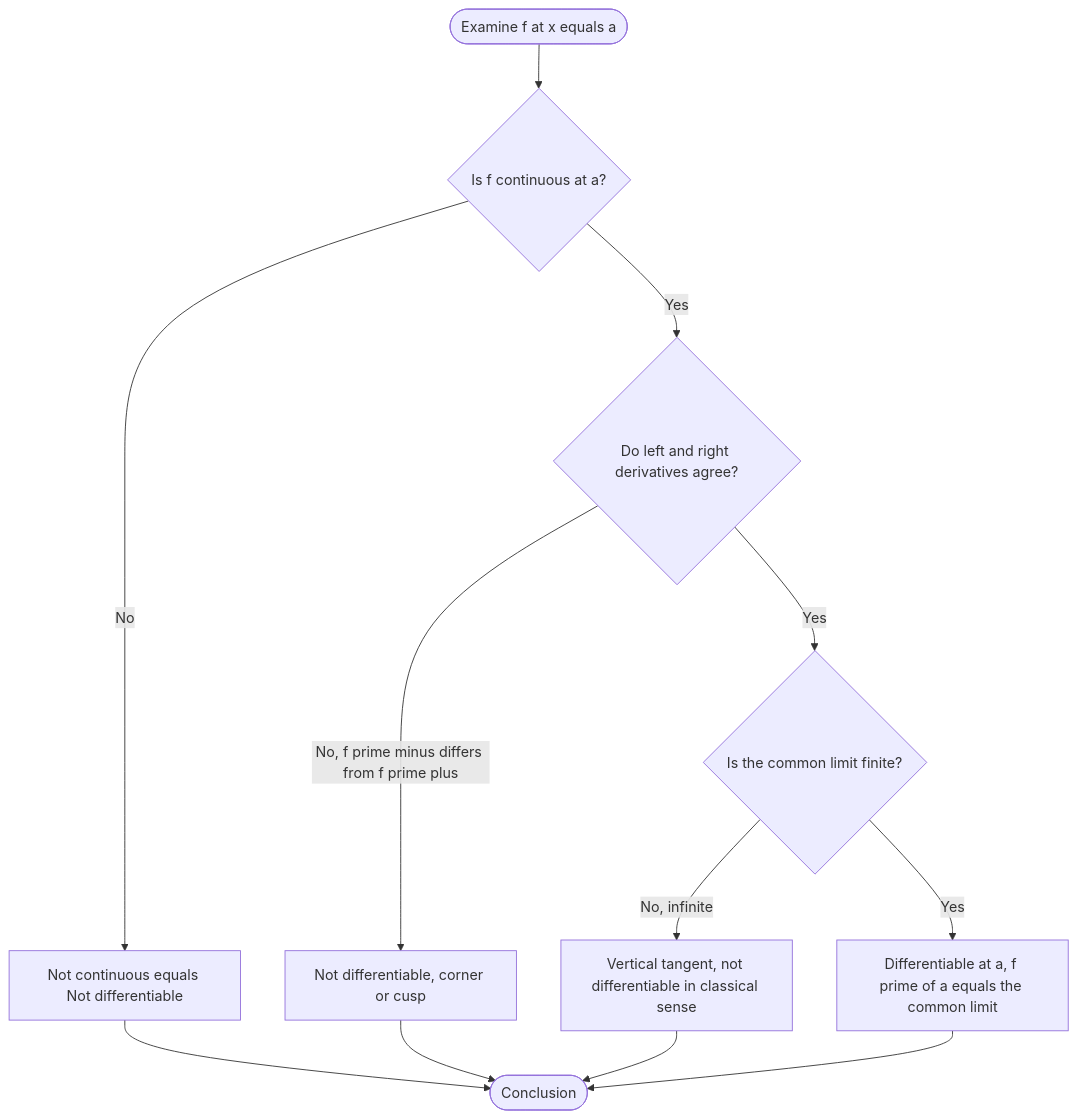
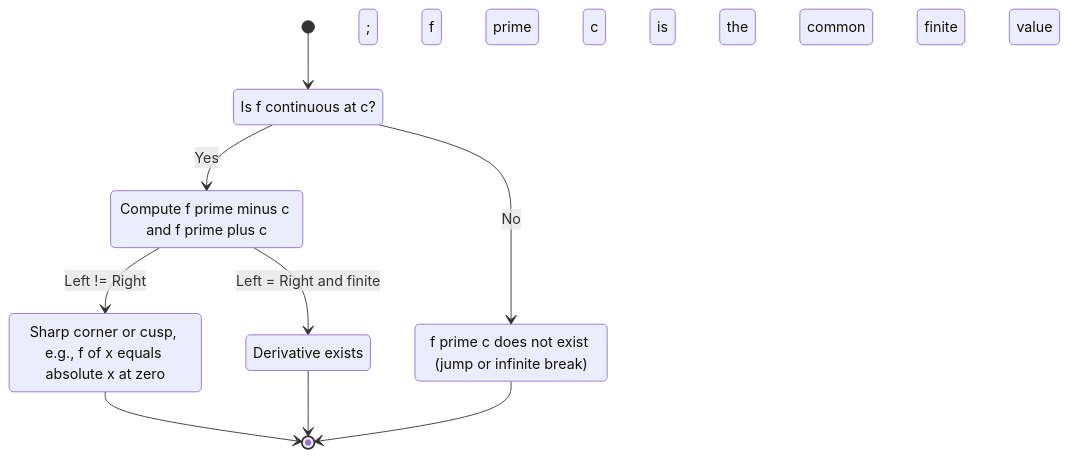
One commit to vishnuu-kr/ktunode changed the third of 4 diagrams in public/notes/computer-science-and-engineering/semester-1/gamat101-mathematics-for-information-science-1/01-module-1-limits-of-function-values/rates-of-change-derivative-at-a-point/notes.md. Above: the diagram before and after it, drawn with Mermaid. The commit also changed other lines of this file and 4829 other files, not shown here.

````diff
--- a/public/notes/computer-science-and-engineering/semester-1/gamat101-mathematics-for-information-science-1/01-module-1-limits-of-function-values/rates-of-change-derivative-at-a-point/notes.md
+++ b/public/notes/computer-science-and-engineering/semester-1/gamat101-mathematics-for-information-science-1/01-module-1-limits-of-function-values/rates-of-change-derivative-at-a-point/notes.md
@@ -343,14 +507,16 @@
 ```mermaid
-flowchart TD
-    entry([Examine f at x equals a]) --> q1{Is f continuous at a?}
-    q1 -- No --> c1[Not continuous equals Not differentiable]
-    q1 -- Yes --> q2{Do left and right derivatives agree?}
-    q2 -- No, f prime minus differs from f prime plus --> c2[Not differentiable, corner or cusp]
-    q2 -- Yes --> q3{Is the common limit finite?}
-    q3 -- No, infinite --> c3[Vertical tangent, not differentiable in classical sense]
-    q3 -- Yes --> c4[Differentiable at a, f prime of a equals the common limit]
-    c1 --> out([Conclusion])
-    c2 --> out
-    c3 --> out
-    c4 --> out
+stateDiagram-v2
+    [*] --> CheckContinuity
+    CheckContinuity: Is f continuous at c?
+    CheckContinuity --> NotDifferentiable: No
+    CheckContinuity --> CheckOneSided: Yes
+    NotDifferentiable: f prime c does not exist (jump or infinite break)
+    CheckOneSided: Compute f prime minus c and f prime plus c
+    CheckOneSided --> Corner: Left != Right
+    CheckOneSided --> Differentiable: Left = Right and finite
+    Corner: Sharp corner or cusp, e.g., f of x equals absolute x at zero
+    Differentiable: Derivative exists; f prime c is the common finite value
+    Corner --> [*]
+    Differentiable --> [*]
+    NotDifferentiable --> [*]
 ```
````
